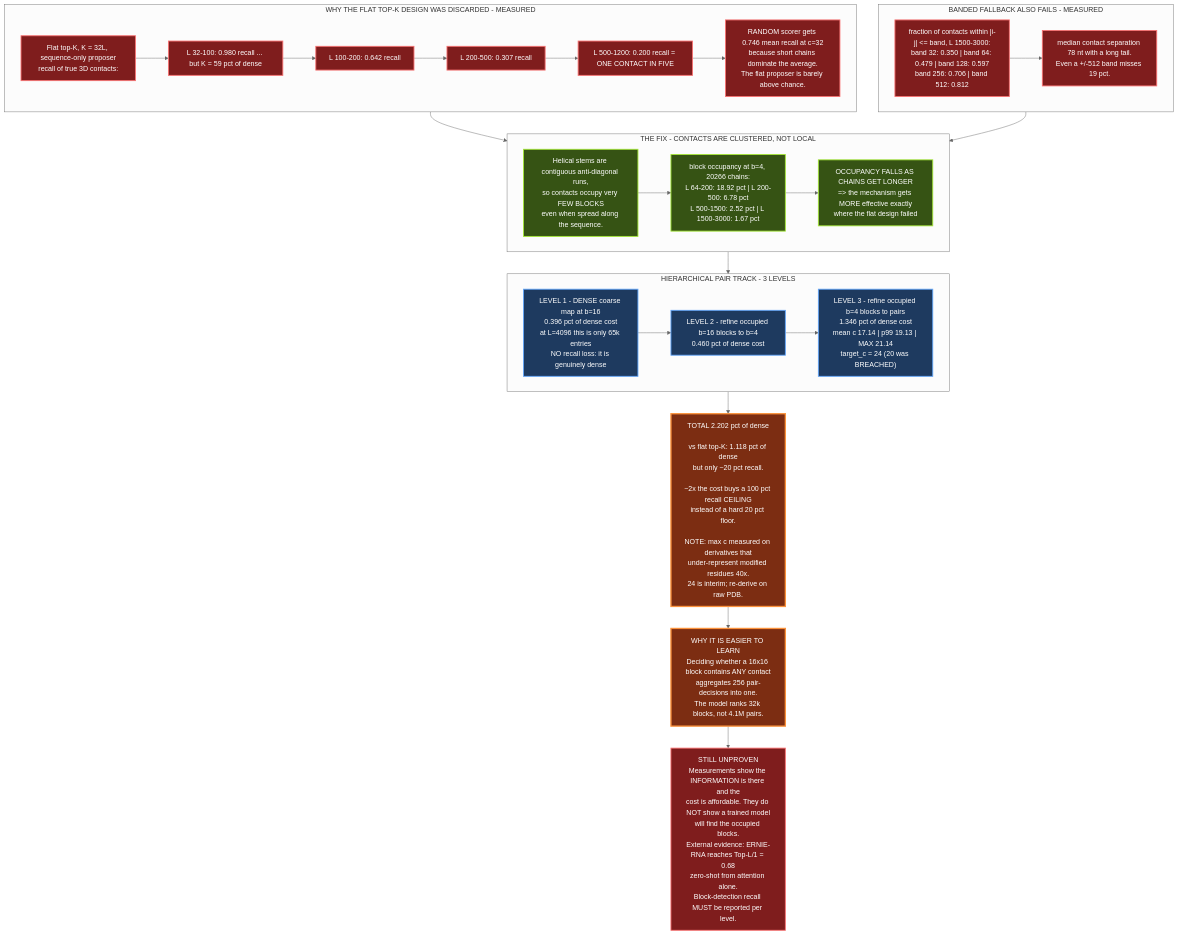
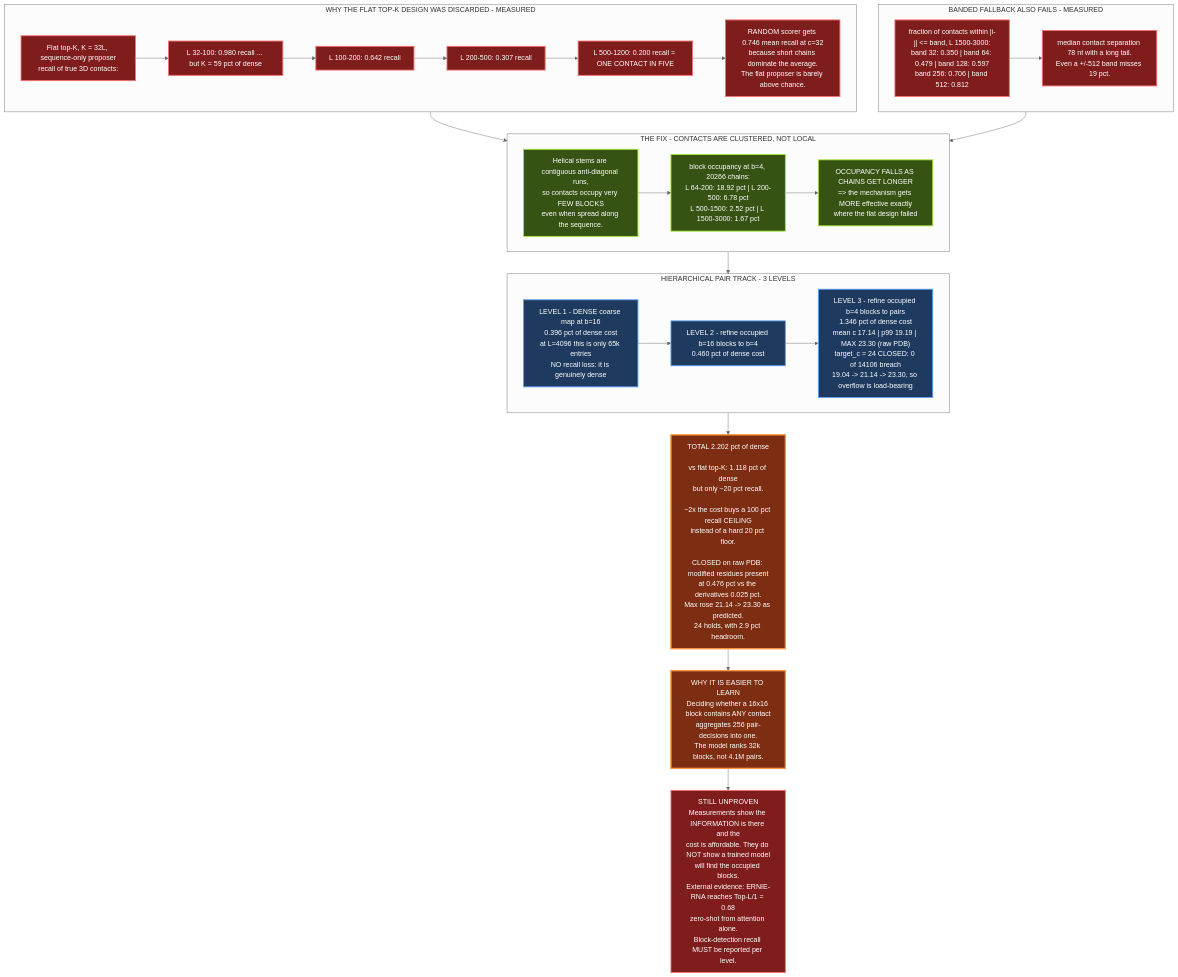
Before and after one commit to E-Motioner-X-SBS/sbs-rna: the diagram in research/architecture/diagrams/04-hierarchical-pair-track.mmd, drawn with Mermaid (neutral theme). The commit also changed 25 other files, not shown here.

```diff
--- a/research/architecture/diagrams/04-hierarchical-pair-track.mmd
+++ b/research/architecture/diagrams/04-hierarchical-pair-track.mmd
@@ -1,53 +1,53 @@
 graph TB
     subgraph FAIL["WHY THE FLAT TOP-K DESIGN WAS DISCARDED - MEASURED"]
         F1["Flat top-K, K = 32L, sequence-only proposer<br/>recall of true 3D contacts:"]
         F2["L 32-100: 0.980 recall ... but K = 59 pct of dense"]
         F3["L 100-200: 0.642 recall"]
         F4["L 200-500: 0.307 recall"]
         F5["L 500-1200: 0.200 recall = ONE CONTACT IN FIVE"]
         F6["RANDOM scorer gets 0.746 mean recall at c=32<br/>because short chains dominate the average.<br/>The flat proposer is barely above chance."]
         F1 --> F2 --> F3 --> F4 --> F5 --> F6
     end
 
     subgraph BAND["BANDED FALLBACK ALSO FAILS - MEASURED"]
         B1["fraction of contacts within |i-j| <= band, L 1500-3000:<br/>band 32: 0.350 | band 64: 0.479 | band 128: 0.597<br/>band 256: 0.706 | band 512: 0.812"]
         B2["median contact separation 78 nt with a long tail.<br/>Even a +/-512 band misses 19 pct."]
         B1 --> B2
     end
 
     subgraph FIX["THE FIX - CONTACTS ARE CLUSTERED, NOT LOCAL"]
         C1["Helical stems are contiguous anti-diagonal runs,<br/>so contacts occupy very FEW BLOCKS<br/>even when spread along the sequence."]
         C2["block occupancy at b=4, 20266 chains:<br/>L 64-200: 18.92 pct | L 200-500: 6.78 pct<br/>L 500-1500: 2.52 pct | L 1500-3000: 1.67 pct"]
         C3["OCCUPANCY FALLS AS CHAINS GET LONGER<br/>=> the mechanism gets MORE effective exactly<br/>where the flat design failed"]
         C1 --> C2 --> C3
     end
 
     subgraph HPT["HIERARCHICAL PAIR TRACK - 3 LEVELS"]
         L1["LEVEL 1 - DENSE coarse map at b=16<br/>0.396 pct of dense cost<br/>at L=4096 this is only 65k entries<br/>NO recall loss: it is genuinely dense"]
         L2["LEVEL 2 - refine occupied b=16 blocks to b=4<br/>0.460 pct of dense cost"]
-        L3["LEVEL 3 - refine occupied b=4 blocks to pairs<br/>1.346 pct of dense cost<br/>mean c 17.14 | p99 19.13 | MAX 21.14<br/>target_c = 24 (20 was BREACHED)"]
+        L3["LEVEL 3 - refine occupied b=4 blocks to pairs<br/>1.346 pct of dense cost<br/>mean c 17.14 | p99 19.19 | MAX 23.30 (raw PDB)<br/>target_c = 24 CLOSED: 0 of 14106 breach<br/>19.04 -&gt; 21.14 -&gt; 23.30, so overflow is load-bearing"]
         L1 --> L2 --> L3
     end
 
-    TOTAL["TOTAL 2.202 pct of dense<br/><br/>vs flat top-K: 1.118 pct of dense<br/>but only ~20 pct recall.<br/><br/>~2x the cost buys a 100 pct recall CEILING<br/>instead of a hard 20 pct floor.<br/><br/>NOTE: max c measured on derivatives that<br/>under-represent modified residues 40x.<br/>24 is interim; re-derive on raw PDB."]
+    TOTAL["TOTAL 2.202 pct of dense<br/><br/>vs flat top-K: 1.118 pct of dense<br/>but only ~20 pct recall.<br/><br/>~2x the cost buys a 100 pct recall CEILING<br/>instead of a hard 20 pct floor.<br/><br/>CLOSED on raw PDB: modified residues present<br/>at 0.476 pct vs the derivatives 0.025 pct.<br/>Max rose 21.14 -&gt; 23.30 as predicted.<br/>24 holds, with 2.9 pct headroom."]
 
     EASY["WHY IT IS EASIER TO LEARN<br/>Deciding whether a 16x16 block contains ANY contact<br/>aggregates 256 pair-decisions into one.<br/>The model ranks 32k blocks, not 4.1M pairs."]
 
     OPEN["STILL UNPROVEN<br/>Measurements show the INFORMATION is there and the<br/>cost is affordable. They do NOT show a trained model<br/>will find the occupied blocks.<br/>External evidence: ERNIE-RNA reaches Top-L/1 = 0.68<br/>zero-shot from attention alone.<br/>Block-detection recall MUST be reported per level."]
 
     FAIL --> FIX
     BAND --> FIX
     FIX --> HPT
     HPT --> TOTAL
     TOTAL --> EASY
     EASY --> OPEN
 
     classDef bad fill:#7f1d1d,stroke:#f87171,stroke-width:2px,color:#fff
     classDef meas fill:#365314,stroke:#a3e635,stroke-width:2px,color:#fff
     classDef step fill:#1e3a5f,stroke:#60a5fa,stroke-width:2px,color:#fff
     classDef win fill:#7c2d12,stroke:#fb923c,stroke-width:3px,color:#fff
     class F1,F2,F3,F4,F5,F6,B1,B2 bad
     class C1,C2,C3 meas
     class L1,L2,L3 step
     class TOTAL,EASY win
     class OPEN bad
```
